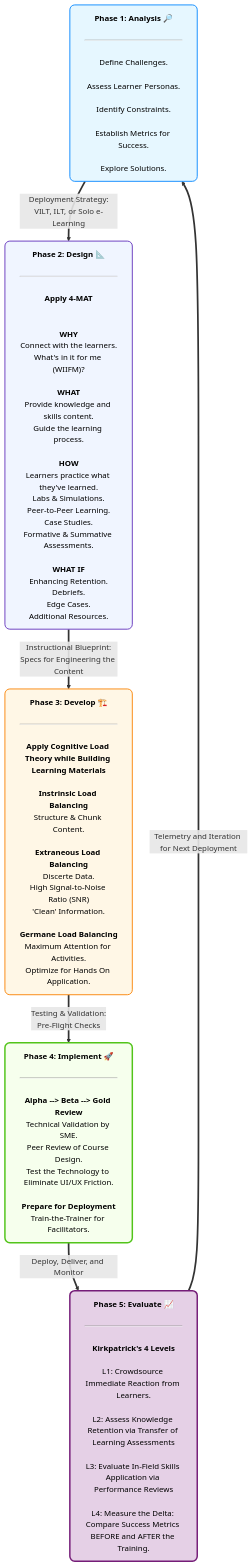
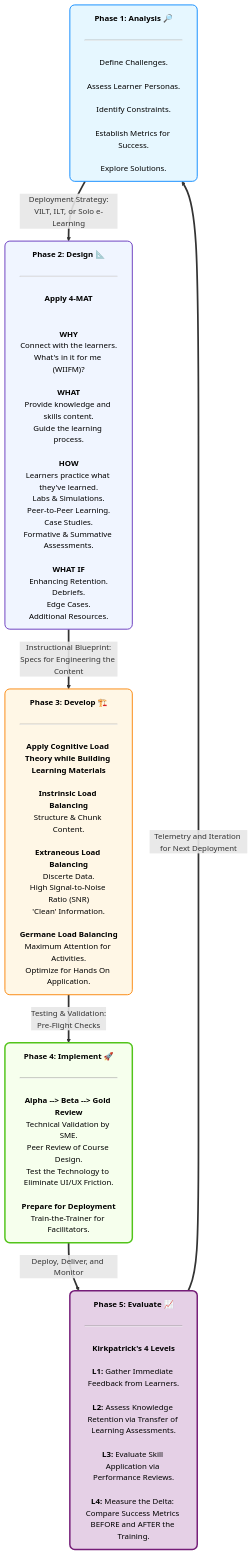
One commit to WarpSector/Technical-Instructional-Design-and-Enablement changed the first of 2 diagrams in Methodology/Core Methodology.md. Above: the diagram before and after it, drawn with Mermaid. The commit also changed other lines of this file, not shown here.

````diff
--- a/Methodology/Core Methodology.md
+++ b/Methodology/Core Methodology.md
@@ -37,40 +37,40 @@
 ```mermaid
 graph TD
     %% --- Phase 1: Analysis ---
     P1["<b><center>Phase 1: Analysis 🔎</center></b><br/><hr/><br/><center>Define Challenges.<br/><br/>Assess Learner Personas.<br/><br/>Identify Constraints.<br/><br/>Establish Metrics for Success.<br/><br/>Explore Solutions.</center>"]
 
     %% --- Phase 2: Design ---
     P2["<b><center>Phase 2: Design 📐</center></b><br/><hr/><br/><b><center>Apply 4-MAT</center></b><br/><br/><center><b>WHY</b><br/>Connect with the learners.<br/>What's in it for me (WIIFM)?<br/><br/><b>WHAT</b><br/>Provide knowledge and skills content.<br/>Guide the learning process.<br/><br/><b>HOW</b><br/>Learners practice what they've learned.<br/>Labs & Simulations.<br/>Peer-to-Peer Learning.<br/>Case Studies.<br/>Formative & Summative Assessments.<br/><br/><b>WHAT IF</b><br/>Enhancing Retention.<br/>Debriefs.<br/>Edge Cases.<br/>Additional Resources."]
 
     %% --- Phase 3: Develop ---
     P3["<b><center>Phase 3: Develop 🏗️</center></b><br/><hr/><br/><b>Apply Cognitive Load Theory while Building Learning Materials</b><br/><br/><b>Instrinsic Load Balancing</B><br/>Structure & Chunk Content.</br><br/><b>Extraneous Load Balancing</b><br/>Discerte Data.<br/>High Signal-to-Noise Ratio (SNR)<br/>'Clean' Information.<br/><br/><b>Germane Load Balancing</b><br/>Maximum Attention for Activities.<br/>Optimize for Hands On Application."]
 
     %% --- Phase 4: Implement ---
     P4["<b><center>Phase 4: Implement 🚀</center></b><br/><hr/><br/><b>Alpha --> Beta --> Gold Review</b><br/>Technical Validation by SME.<br/>Peer Review of Course Design.<br/>Test the Technology to Eliminate UI/UX Friction.<br/><br/><b>Prepare for Deployment</b><br/>Train-the-Trainer for Facilitators."]
 
     %% --- Phase 5: Evaluate ---
-    P5["<b><center>Phase 5: Evaluate 📈</center></b><br/><hr/><br/><b>Kirkpatrick's 4 Levels</b><br/><br/>L1: Crowdsource Immediate Reaction from Learners.<br/><br/>L2: Assess Knowledge Retention via Transfer of Learning Assessments<br/><br/>L3: Evaluate In-Field Skills Application via Performance Reviews<br/><br/>L4: Measure the Delta: Compare Success Metrics BEFORE and AFTER the Training."]
+    P5["<b><center>Phase 5: Evaluate 📈</center></b><br/><hr/><br/><b>Kirkpatrick's 4 Levels</b><br/><br/><b>L1:</b> Gather Immediate Feedback from Learners.<br/><br/><b>L2:</b> Assess Knowledge Retention via Transfer of Learning Assessments.<br/><br/><b>L3:</b> Evaluate Skill Application via Performance Reviews.<br/><br/><b>L4:</b> Measure the Delta: Compare Success Metrics BEFORE and AFTER the Training."]
 
     %% --- The Main Flow ---
     P1 ==> |Deployment Strategy:<br/>VILT, ILT, or Solo e-Learning| P2
     P2 ==> |Instructional Blueprint:<br/>Specs for Engineering the Content| P3
     P3 ==> |Testing & Validation:<br/>Pre-Flight Checks| P4
     P4 ==> |Deploy, Deliver, and Monitor| P5
     
     %% --- The Feedback Loop ---
     P5 ==>|Telemetry and Iteration for Next Deployment| P1
 
     %% --- Styling ---
     %% Using a progressive color scheme from cold (blue) to hot/live (green/orange)
     classDef init fill:#e6f7ff,stroke:#1890ff,stroke-width:2px,color:#000,rx:10,ry:10,text-align:left;
     classDef transfer fill:#f0f5ff,stroke:#6f42c1,stroke-width:2px,color:#000,rx:10,ry:10,text-align:left;
     classDef exec fill:#fff7e6,stroke:#fa8c16,stroke-width:2px,color:#000,rx:10,ry:10,text-align:left;
     classDef prod fill:#f6ffed,stroke:#52c41a,stroke-width:3px,color:#000,rx:10,ry:10,text-align:left;
     classDef eval fill:#e5d0e6,stroke:#751d78,stroke-width:3px,color:#000,rx:10,ry:10,text-align:left;
 
     class P1 init;
     class P2 transfer;
     class P3 exec;
     class P4 prod;
     class P5 eval;
 ```
````
